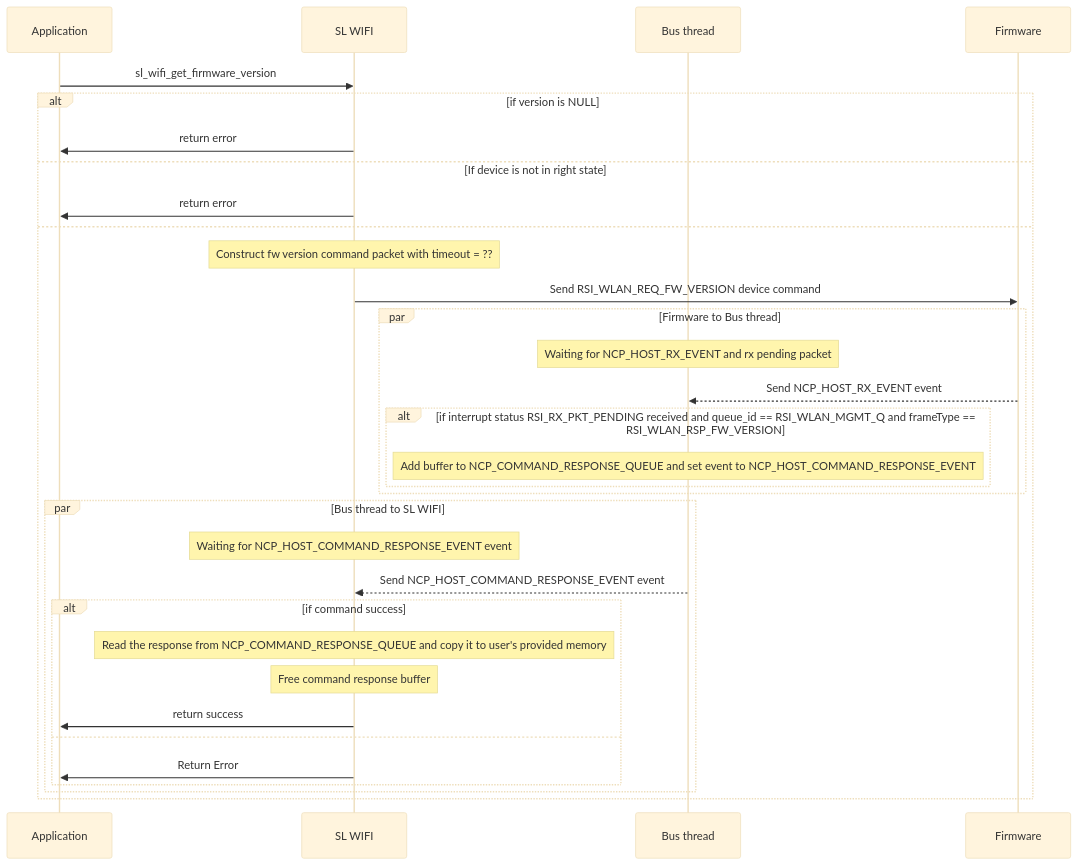
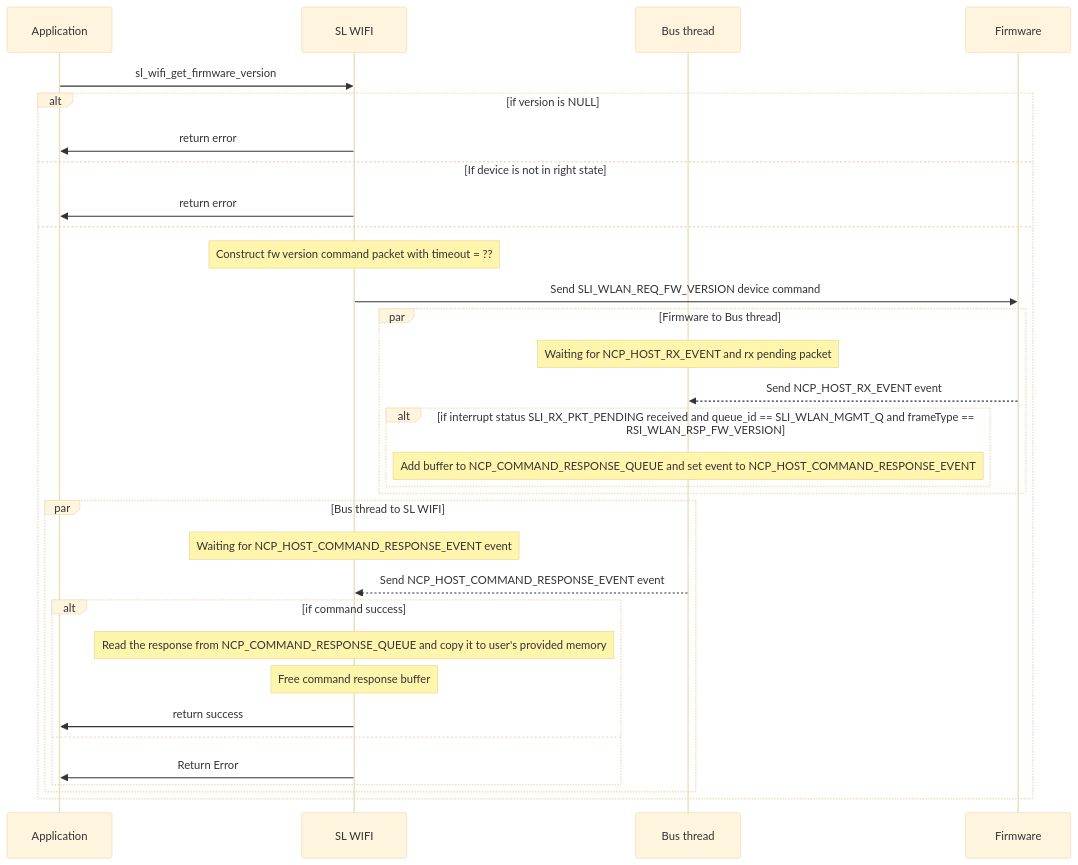
The fifth of 11 diagrams in components/protocol/wifi/readme.md (SiliconLabs/wiseconnect), drawn with Mermaid (base theme) before and after one commit. The commit also changed other lines of this file and 4347 other files, not shown here.

````diff
--- a/components/protocol/wifi/readme.md
+++ b/components/protocol/wifi/readme.md
@@ -392,40 +392,40 @@
 ```mermaid
  sequenceDiagram 
      #sl_status_t sl_wifi_get_firmware_version( sl_wifi_firmware_version_t* version )
   participant app as Application
   participant wifi as SL WIFI
   participant bus as Bus thread  
   participant fw as Firmware
 
         
   app ->> wifi: sl_wifi_get_firmware_version
 
   alt if version is NULL
    wifi ->> app: return error
   else If device is not in right state
    wifi ->> app: return error
   else
    Note over wifi: Construct fw version command packet with timeout = ?? 
-   wifi ->> fw:Send RSI_WLAN_REQ_FW_VERSION device command
+   wifi ->> fw:Send SLI_WLAN_REQ_FW_VERSION device command
 
             par Firmware to Bus thread
                 Note over bus: Waiting for NCP_HOST_RX_EVENT and rx pending packet
                 fw -->> bus: Send NCP_HOST_RX_EVENT event
-                alt if interrupt status RSI_RX_PKT_PENDING received and queue_id == RSI_WLAN_MGMT_Q and frameType == RSI_WLAN_RSP_FW_VERSION
+                alt if interrupt status SLI_RX_PKT_PENDING received and queue_id == SLI_WLAN_MGMT_Q and frameType == RSI_WLAN_RSP_FW_VERSION
                     Note over bus: Add buffer to NCP_COMMAND_RESPONSE_QUEUE and set event to NCP_HOST_COMMAND_RESPONSE_EVENT
                 end
             end
 
    par Bus thread to SL WIFI
     Note over wifi: Waiting for NCP_HOST_COMMAND_RESPONSE_EVENT event
     bus -->> wifi: Send NCP_HOST_COMMAND_RESPONSE_EVENT event
     alt if command success
      Note over wifi: Read the response from NCP_COMMAND_RESPONSE_QUEUE and copy it to user's provided memory
      Note over wifi: Free command response buffer
      wifi ->> app: return success
     else 
      wifi ->> app: Return Error
     end
    end
   end
 ```
````
